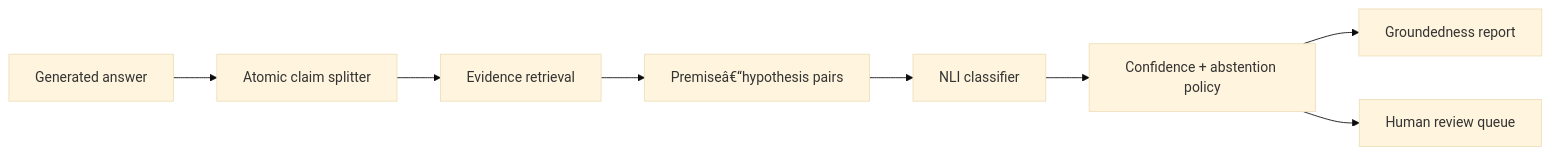
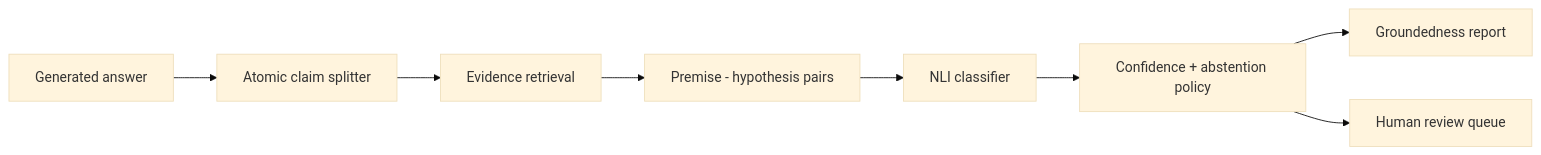
The diagram in README.md (Saroswat/explainable-nli-hallucination-verifier), drawn with Mermaid (base theme) before and after one commit.

````diff
--- a/README.md
+++ b/README.md
@@ -20,10 +20,10 @@
 ```mermaid
 flowchart LR
     A["Generated answer"] --> B["Atomic claim splitter"]
     B --> C["Evidence retrieval"]
-    C --> D["Premiseâ€“hypothesis pairs"]
+    C --> D["Premise - hypothesis pairs"]
     D --> E["NLI classifier"]
     E --> F["Confidence + abstention policy"]
     F --> G["Groundedness report"]
     F --> H["Human review queue"]
 ```
````
